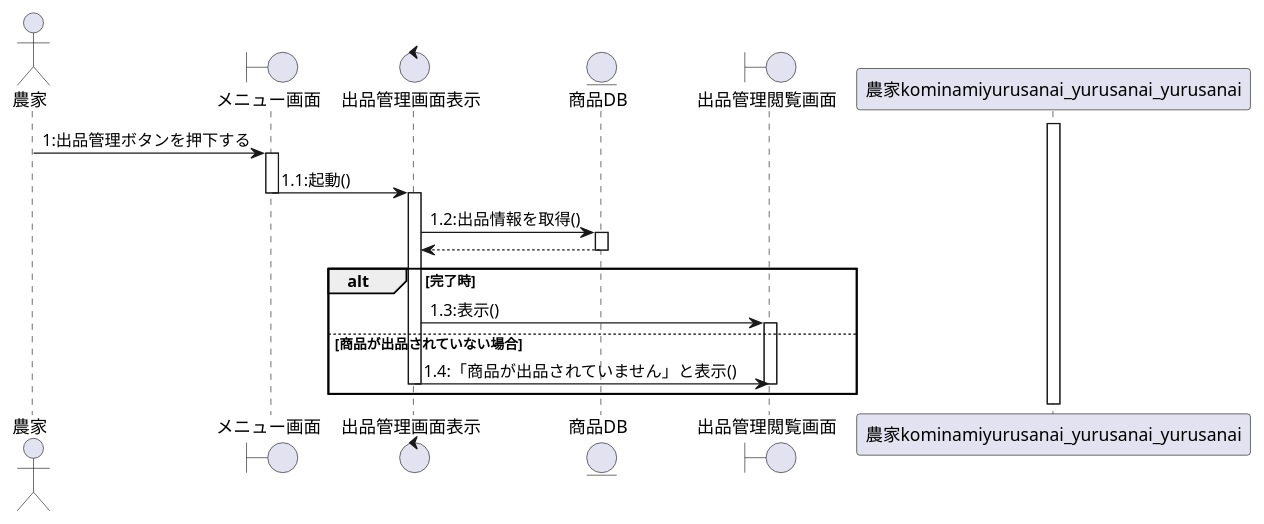
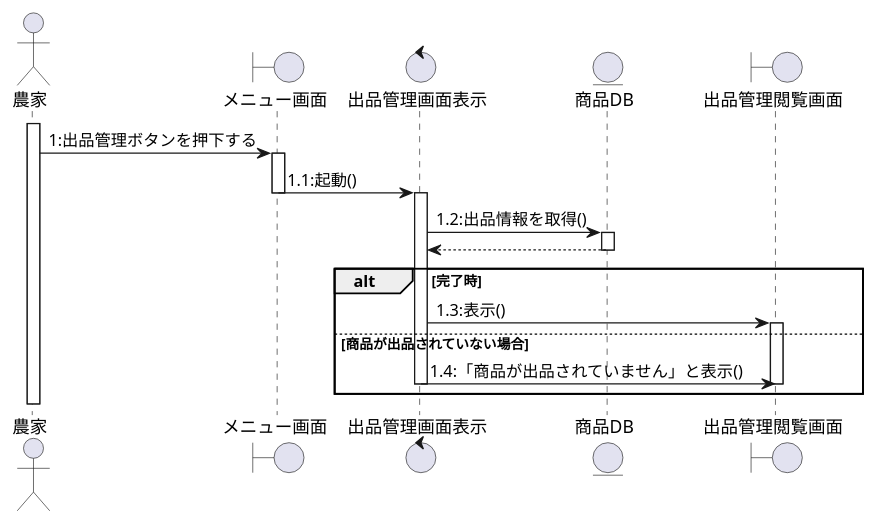
Before and after one commit to T-kouki/local-vege-link: the diagram in シーケンス_農家/出品管理閲覧.wsd, drawn with PlantUML.

Commit message:
10/30 元に戻したよ

```diff
--- a/シーケンス_農家/出品管理閲覧.wsd
+++ b/シーケンス_農家/出品管理閲覧.wsd
@@ -2,33 +2,33 @@
 @startuml
 actor 農家
 boundary メニュー画面
 control 出品管理画面表示
 entity 商品DB
 boundary 出品管理閲覧画面
 
 
 
-activate 農家kominamiyurusanai_yurusanai_yurusanai
+activate 農家
 農家 -> メニュー画面:1:出品管理ボタンを押下する
 activate メニュー画面
 メニュー画面 -> 出品管理画面表示:1.1:起動()
 deactivate メニュー画面
 activate 出品管理画面表示
 
 出品管理画面表示 -> 商品DB:1.2:出品情報を取得()
 activate 商品DB
 商品DB --> 出品管理画面表示
 deactivate 商品DB
 
 alt 完了時
 出品管理画面表示 -> 出品管理閲覧画面:1.3:表示()
 activate 出品管理閲覧画面
 
 else 商品が出品されていない場合
 出品管理画面表示 -> 出品管理閲覧画面:1.4:「商品が出品されていません」と表示()
 deactivate 出品管理画面表示
 deactivate 出品管理閲覧画面
 end
 
 
 @enduml
```
